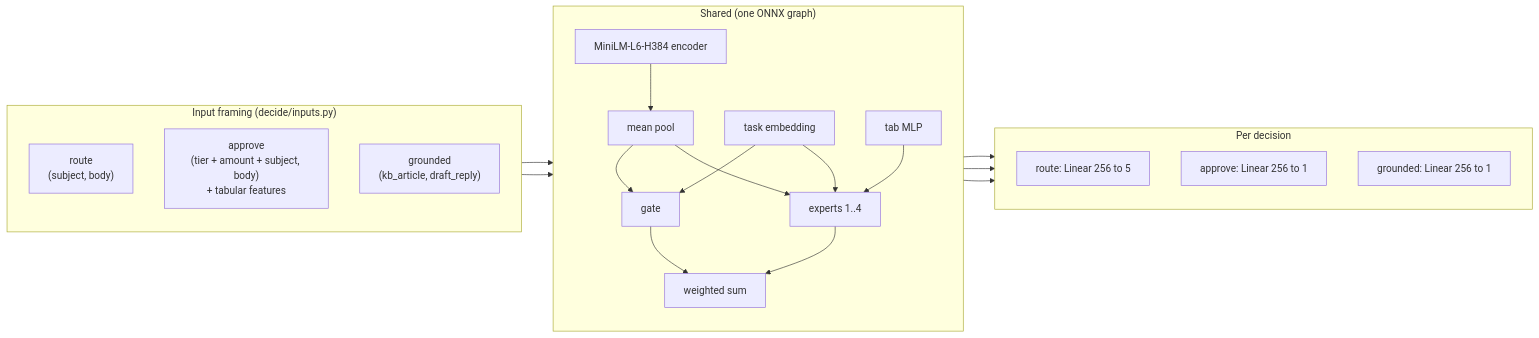
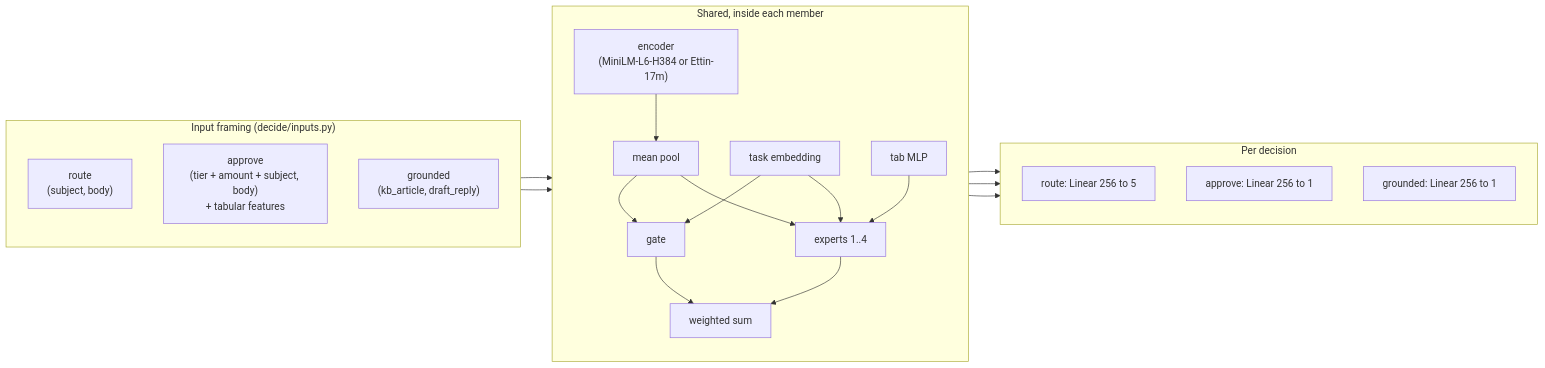
One commit to Amal-Verma/Jev-router-decide changed the first of 5 diagrams in docs/ARCHITECTURE.md. Above: the diagram before and after it, drawn with Mermaid. The commit also changed other lines of this file and 14 other files, not shown here.

Commit message:
Docs: served model is the MiniLM + Ettin-17m ensemble (one graph, Ettin fp32), 85.44 on dev; add int8 finding, CV and latency risk; baseline moved to baseline/

````diff
--- a/docs/ARCHITECTURE.md
+++ b/docs/ARCHITECTURE.md
@@ -9,29 +13,29 @@
 ```mermaid
 flowchart LR
     subgraph IN["Input framing (decide/inputs.py)"]
         direction TB
         A1["route<br/>(subject, body)"]
         A2["approve<br/>(tier + amount + subject, body)<br/>+ tabular features"]
         A3["grounded<br/>(kb_article, draft_reply)"]
     end
-    subgraph SH["Shared (one ONNX graph)"]
+    subgraph SH["Shared, inside each member"]
         direction TB
-        ENC["MiniLM-L6-H384 encoder"] --> POOL["mean pool"]
+        ENC["encoder<br/>(MiniLM-L6-H384 or Ettin-17m)"] --> POOL["mean pool"]
         POOL --> GATE["gate"]
         TASK["task embedding"] --> GATE
         POOL --> EXP["experts 1..4"]
         TAB["tab MLP"] --> EXP
         TASK --> EXP
         GATE --> MIX["weighted sum"]
         EXP --> MIX
     end
     subgraph HD["Per decision"]
         direction TB
         H1["route: Linear 256 to 5"]
         H2["approve: Linear 256 to 1"]
         H3["grounded: Linear 256 to 1"]
     end
     IN --> ENC
     IN --> TAB
     MIX --> H1 & H2 & H3
 ```
````
